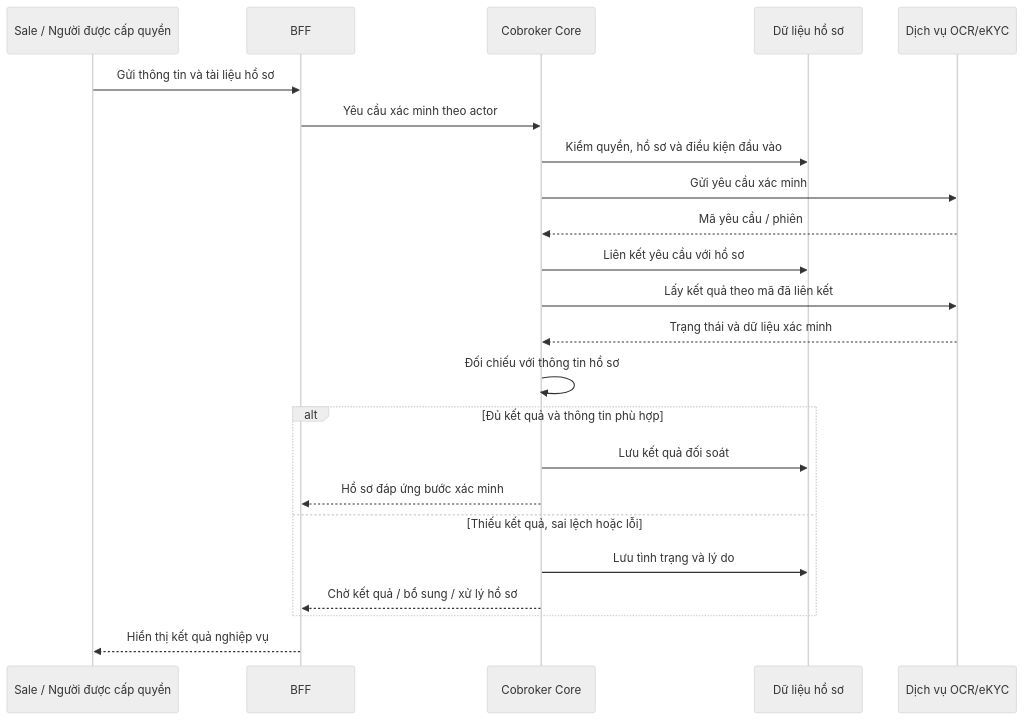
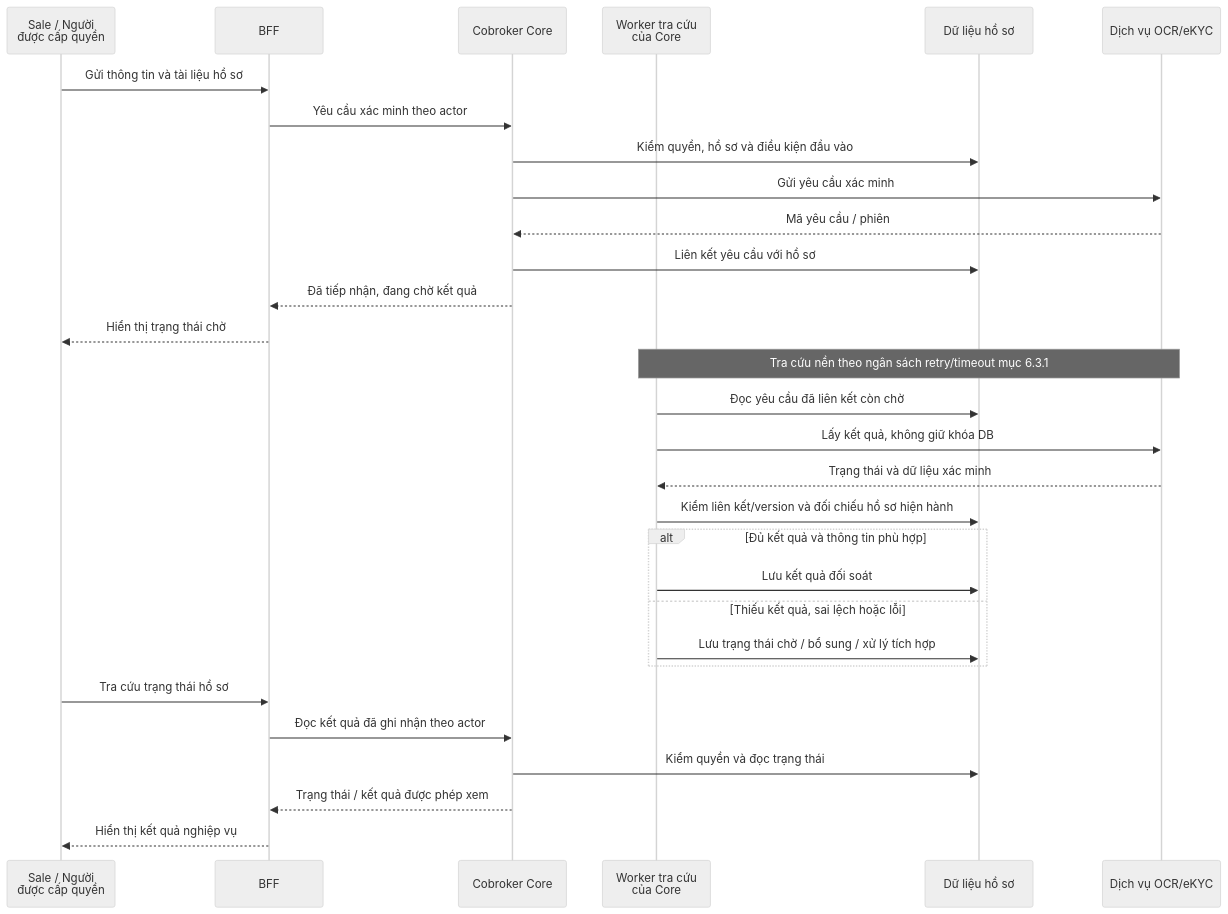
Before and after one commit to huynv-xyz/vhm-tdd: the diagram in cobroker/diagrams/cobroker-05.mmd, drawn with Mermaid (neutral theme). The commit also changed 9 other files, not shown here.

```diff
--- a/cobroker/diagrams/cobroker-05.mmd
+++ b/cobroker/diagrams/cobroker-05.mmd
@@ -1,23 +1,30 @@
 sequenceDiagram
-    participant U as Sale / Người được cấp quyền
+    participant U as Sale / Người<br/>được cấp quyền
     participant B as BFF
     participant C as Cobroker Core
+    participant J as Worker tra cứu<br/>của Core
     participant D as Dữ liệu hồ sơ
     participant E as Dịch vụ OCR/eKYC
     U->>B: Gửi thông tin và tài liệu hồ sơ
     B->>C: Yêu cầu xác minh theo actor
     C->>D: Kiểm quyền, hồ sơ và điều kiện đầu vào
     C->>E: Gửi yêu cầu xác minh
     E-->>C: Mã yêu cầu / phiên
     C->>D: Liên kết yêu cầu với hồ sơ
-    C->>E: Lấy kết quả theo mã đã liên kết
-    E-->>C: Trạng thái và dữ liệu xác minh
-    C->>C: Đối chiếu với thông tin hồ sơ
+    C-->>B: Đã tiếp nhận, đang chờ kết quả
+    B-->>U: Hiển thị trạng thái chờ
+    Note over J,E: Tra cứu nền theo ngân sách retry/timeout mục 6.3.1
+    J->>D: Đọc yêu cầu đã liên kết còn chờ
+    J->>E: Lấy kết quả, không giữ khóa DB
+    E-->>J: Trạng thái và dữ liệu xác minh
+    J->>D: Kiểm liên kết/version và đối chiếu hồ sơ hiện hành
     alt Đủ kết quả và thông tin phù hợp
-        C->>D: Lưu kết quả đối soát
-        C-->>B: Hồ sơ đáp ứng bước xác minh
+        J->>D: Lưu kết quả đối soát
     else Thiếu kết quả, sai lệch hoặc lỗi
-        C->>D: Lưu tình trạng và lý do
-        C-->>B: Chờ kết quả / bổ sung / xử lý hồ sơ
+        J->>D: Lưu trạng thái chờ / bổ sung / xử lý tích hợp
     end
+    U->>B: Tra cứu trạng thái hồ sơ
+    B->>C: Đọc kết quả đã ghi nhận theo actor
+    C->>D: Kiểm quyền và đọc trạng thái
+    C-->>B: Trạng thái / kết quả được phép xem
     B-->>U: Hiển thị kết quả nghiệp vụ
```
